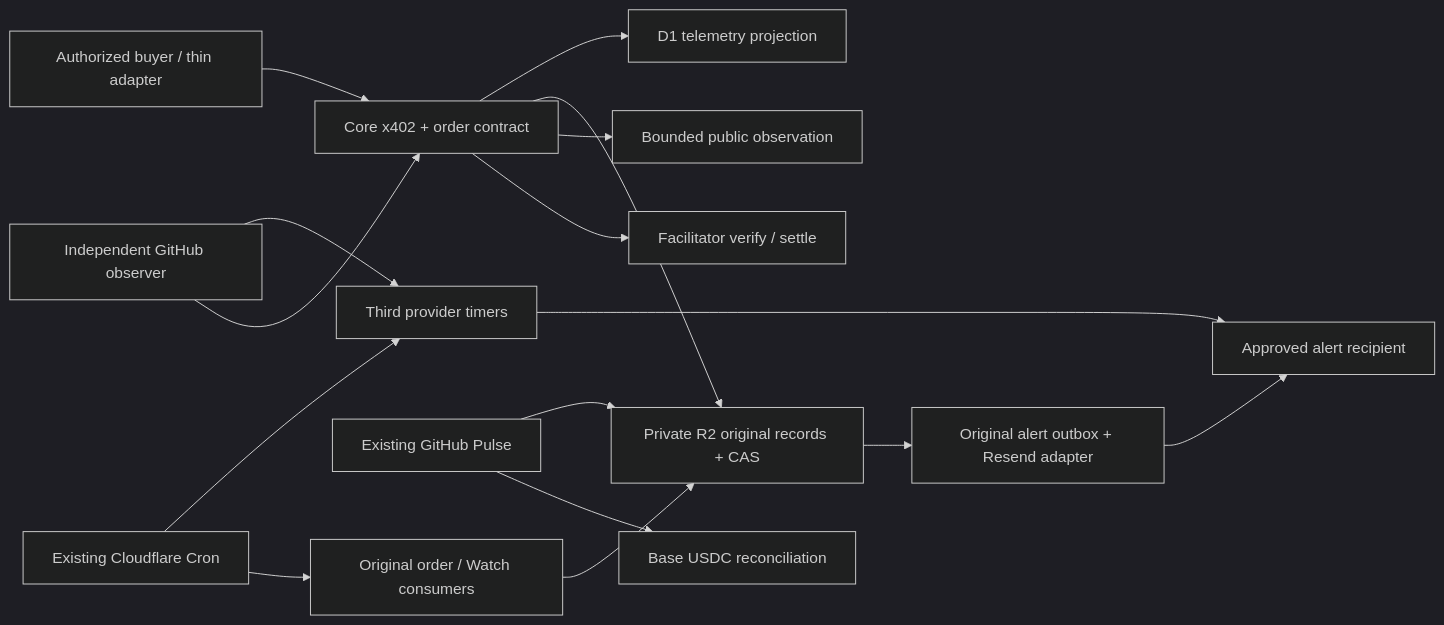
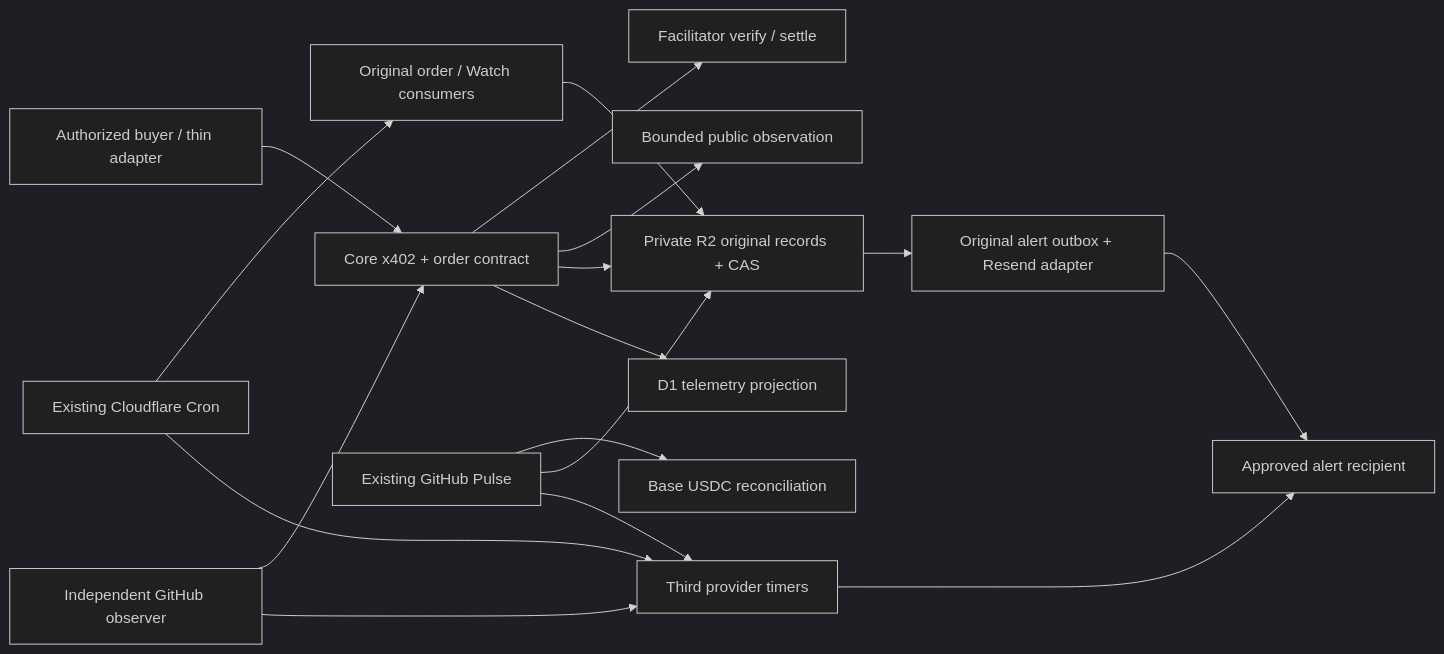
The diagram in DELTA_FINAL_ARCHITECTURE.md (15998194110/delta-witness), drawn with Mermaid (dark theme) before and after one commit. The commit also changed other lines of this file and 21 other files, not shown here.

````diff
--- a/DELTA_FINAL_ARCHITECTURE.md
+++ b/DELTA_FINAL_ARCHITECTURE.md
@@ -15,18 +15,19 @@
 ```mermaid
 flowchart LR
   Buyer[Authorized buyer / thin adapter] --> Core[Core x402 + order contract]
   Core --> Pay[Facilitator verify / settle]
   Core --> Browser[Bounded public observation]
   Core --> R2[Private R2 original records + CAS]
   Core --> D1[D1 telemetry projection]
   Cron[Existing Cloudflare Cron] --> Recovery[Original order / Watch consumers]
   Recovery --> R2
   Pulse[Existing GitHub Pulse] --> RPC[Base USDC reconciliation]
   Pulse --> R2
   Observer[Independent GitHub observer] --> Core
   Deadman[Third provider timers] --> Owner[Approved alert recipient]
   Cron --> Deadman
   Observer --> Deadman
+  Pulse --> Deadman
   R2 --> Notice[Original alert outbox + Resend adapter]
   Notice --> Owner
 ```
````
